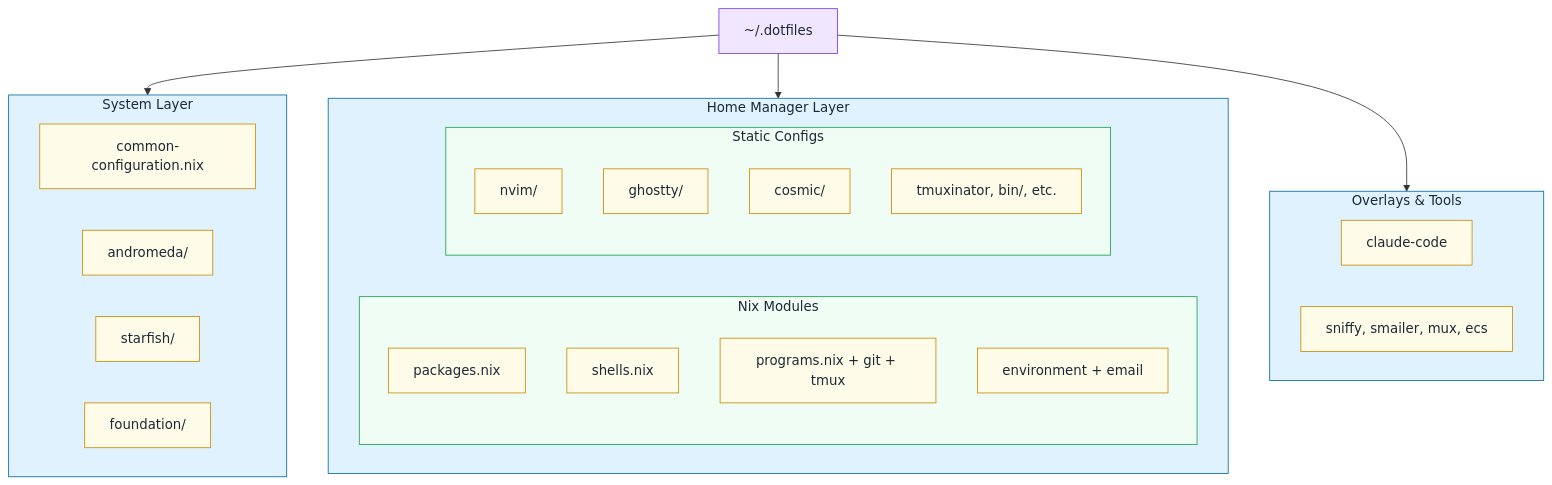
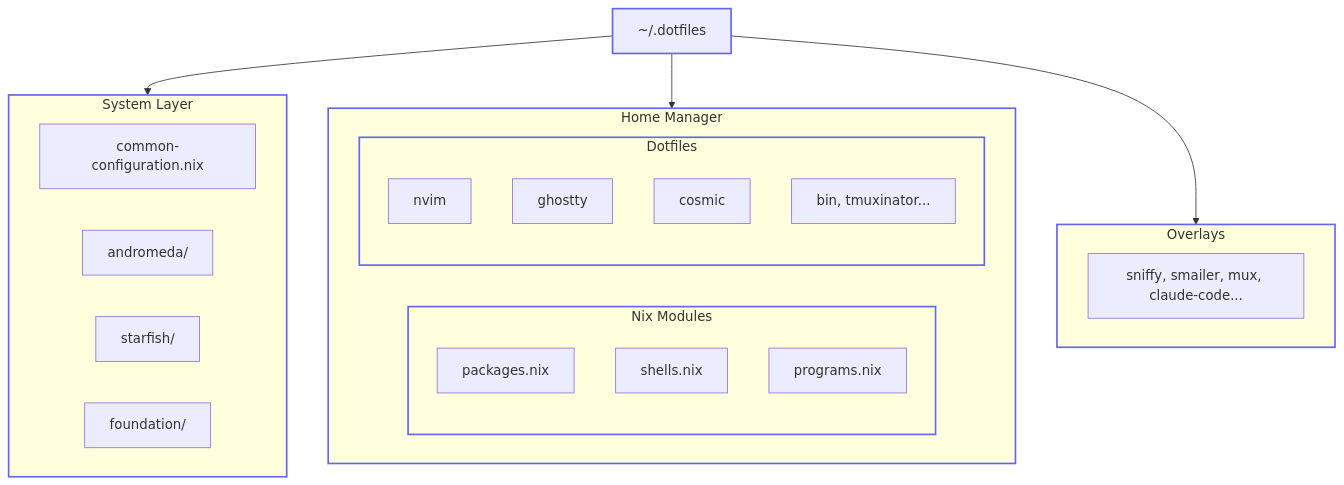
Before and after one commit to willfish/nix: the diagram in docs/diagrams/src/repo-structure.mmd, drawn with Mermaid. The commit also changed 3 other files, not shown here.

First line of the commit message:
Fix Mermaid parsing error in README diagrams

```diff
--- a/docs/diagrams/src/repo-structure.mmd
+++ b/docs/diagrams/src/repo-structure.mmd
@@ -1,44 +1,32 @@
 flowchart TD
     ROOT["~/.dotfiles"]
 
-    subgraph SYSTEM ["System Layer"]
-        COMMON["common-configuration.nix"]
-        ANDROMEDA["andromeda/"]
-        STARFISH["starfish/"]
-        FOUNDATION["foundation/"]
+    subgraph SYSTEM [System Layer]
+        COMMON[common-configuration.nix]
+        ANDROMEDA[andromeda/]
+        STARFISH[starfish/]
+        FOUNDATION[foundation/]
     end
 
-    subgraph HOME ["Home Manager Layer"]
-        subgraph MODULES ["Nix Modules"]
-            PKGS["packages.nix"]
-            SHELLS["shells.nix"]
-            PROGRAMS["programs.nix + git + tmux"]
-            OTHER_MODS["environment + email"]
+    subgraph HOME [Home Manager]
+        subgraph MODULES [Nix Modules]
+            PKGS[packages.nix]
+            SHELLS[shells.nix]
+            PROGRAMS[programs.nix]
         end
-
-        subgraph CONFIGS ["Static Configs"]
-            NVIM["nvim/"]
-            GHOSTTY["ghostty/"]
-            COSMIC["cosmic/"]
-            OTHER_CFG["tmuxinator, bin/, etc."]
+        subgraph CONFIGS [Dotfiles]
+            NVIM[nvim]
+            GHOSTTY[ghostty]
+            COSMIC[cosmic]
+            OTHER[bin, tmuxinator...]
         end
     end
 
-    subgraph OVERLAYS ["Overlays & Tools"]
-        CLAUDE["claude-code"]
-        PERSONAL["sniffy, smailer, mux, ecs"]
+    subgraph OVERLAYS [Overlays]
+        TOOLS[sniffy, smailer, mux, claude-code...]
     end
 
-    ROOT --> SYSTEM
-    ROOT --> HOME
-    ROOT --> OVERLAYS
+    ROOT --> SYSTEM & HOME & OVERLAYS
 
-    classDef root fill:#f0e7ff,stroke:#7c3aed,color:#1e2937
-    classDef layer fill:#e0f2fe,stroke:#0369a1,color:#1e2937
-    classDef sub fill:#f0fdf4,stroke:#16a34a,color:#1e2937
-    classDef item fill:#fefce8,stroke:#ca8a04,color:#1e2937
-
-    class ROOT root
-    class SYSTEM,HOME,OVERLAYS layer
-    class MODULES,CONFIGS sub
-    class COMMON,ANDROMEDA,STARFISH,FOUNDATION,PKGS,SHELLS,PROGRAMS,OTHER_MODS,NVIM,GHOSTTY,COSMIC,OTHER_CFG,CLAUDE,PERSONAL item
+    classDef box stroke:#6366f1,stroke-width:2px
+    class ROOT,SYSTEM,HOME,OVERLAYS,MODULES,CONFIGS box
```
